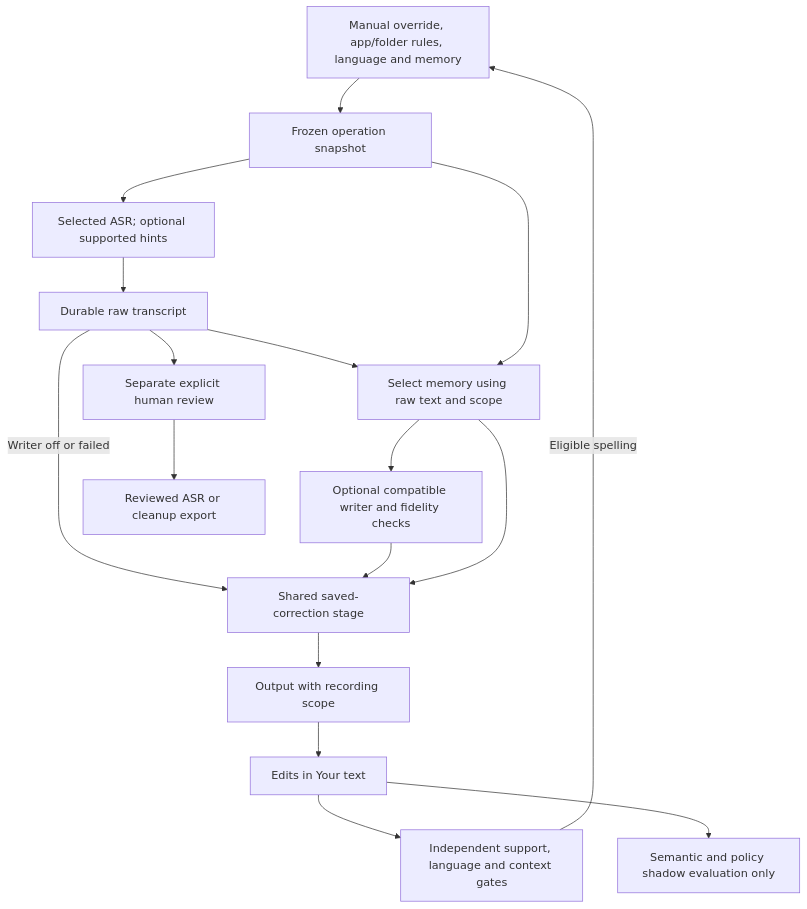
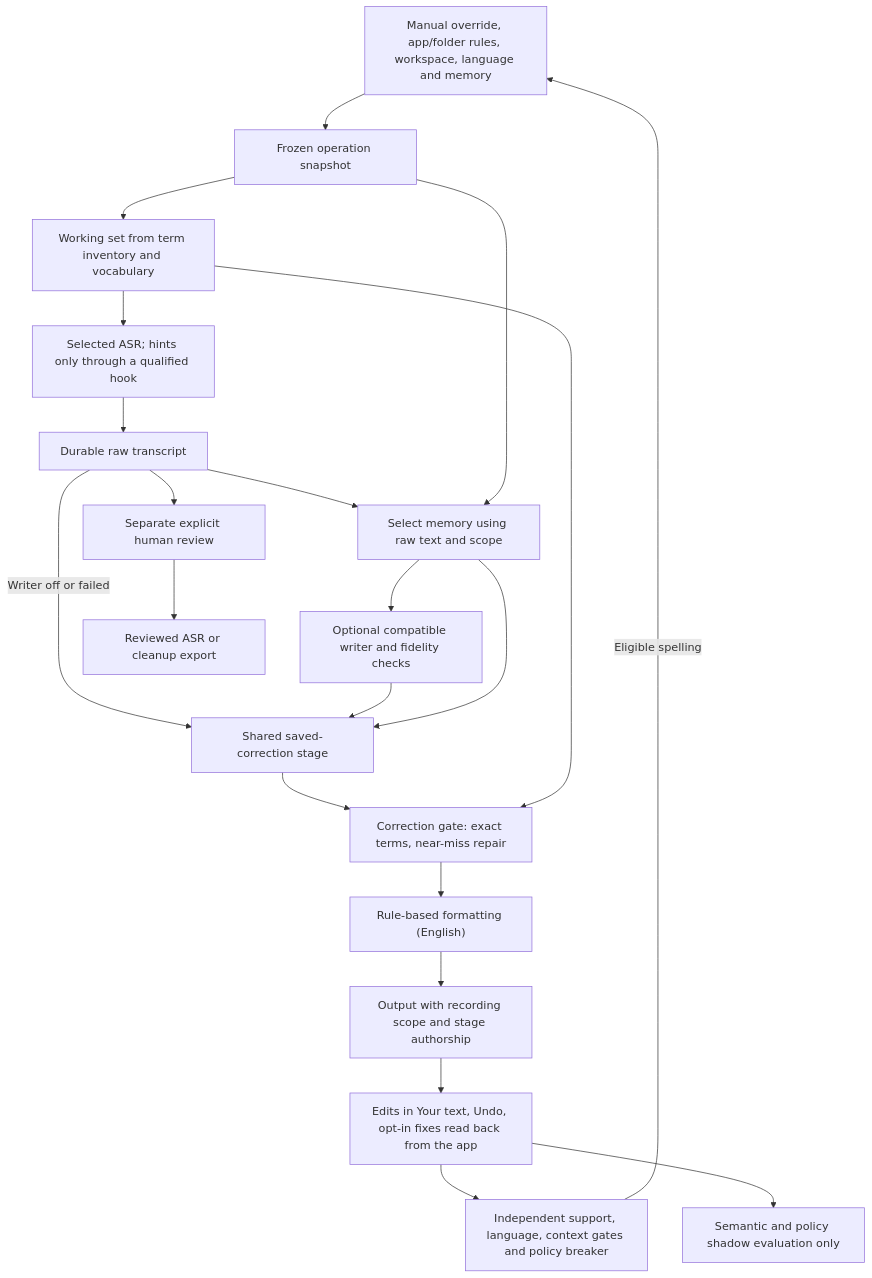
Before and after one commit to rahulsharmavishwakarma/vesper: the diagram in docs/architecture.md, drawn with Mermaid. The commit also changed other lines of this file and 5 other files, not shown here.

First line of the commit message:
docs: overview diagram of the self-learning loops

````diff
--- a/docs/architecture.md
+++ b/docs/architecture.md
@@ -86,19 +90,23 @@
 ```mermaid
 flowchart TD
-    P["Manual override, app/folder rules, language and memory"] --> S["Frozen operation snapshot"]
-    S --> A["Selected ASR; optional supported hints"]
+    P["Manual override, app/folder rules, workspace, language and memory"] --> S["Frozen operation snapshot"]
+    S --> WS["Working set from term inventory and vocabulary"]
+    WS --> A["Selected ASR; hints only through a qualified hook"]
     A --> R["Durable raw transcript"]
     R --> C["Select memory using raw text and scope"]
     S --> C
     C --> W["Optional compatible writer and fidelity checks"]
     R -->|"Writer off or failed"| M["Shared saved-correction stage"]
     W --> M
     C --> M
-    M --> O["Output with recording scope"]
-    O --> E["Edits in Your text"]
-    E --> G["Independent support, language and context gates"]
+    M --> CG["Correction gate: exact terms, near-miss repair"]
+    WS --> CG
+    CG --> F["Rule-based formatting (English)"]
+    F --> O["Output with recording scope and stage authorship"]
+    O --> E["Edits in Your text, Undo, opt-in fixes read back from the app"]
+    E --> G["Independent support, language, context gates and policy breaker"]
     G -->|"Eligible spelling"| P
     E --> Q["Semantic and policy shadow evaluation only"]
     R --> H["Separate explicit human review"]
     H --> D["Reviewed ASR or cleanup export"]
 ```
````
